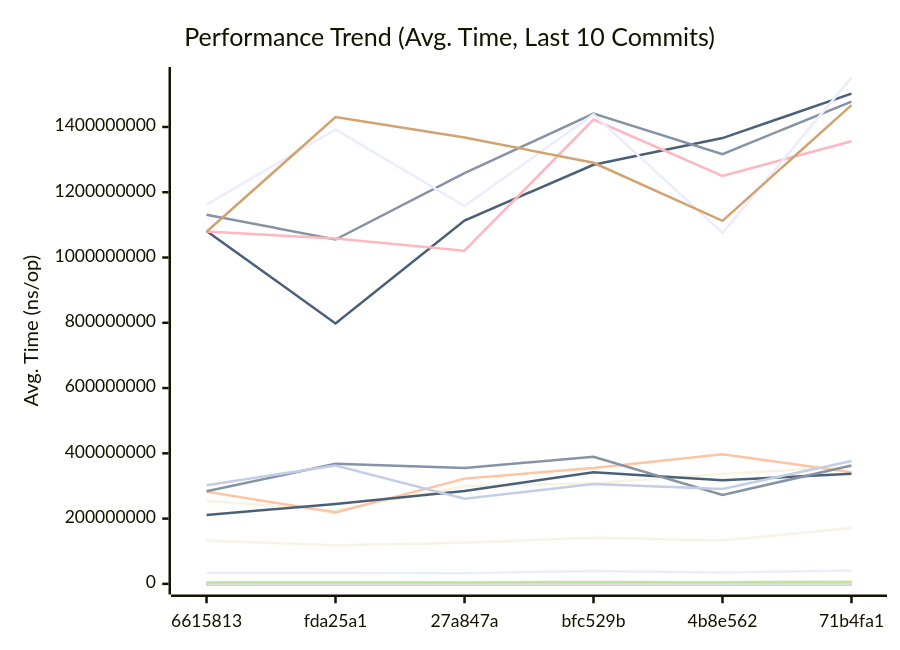
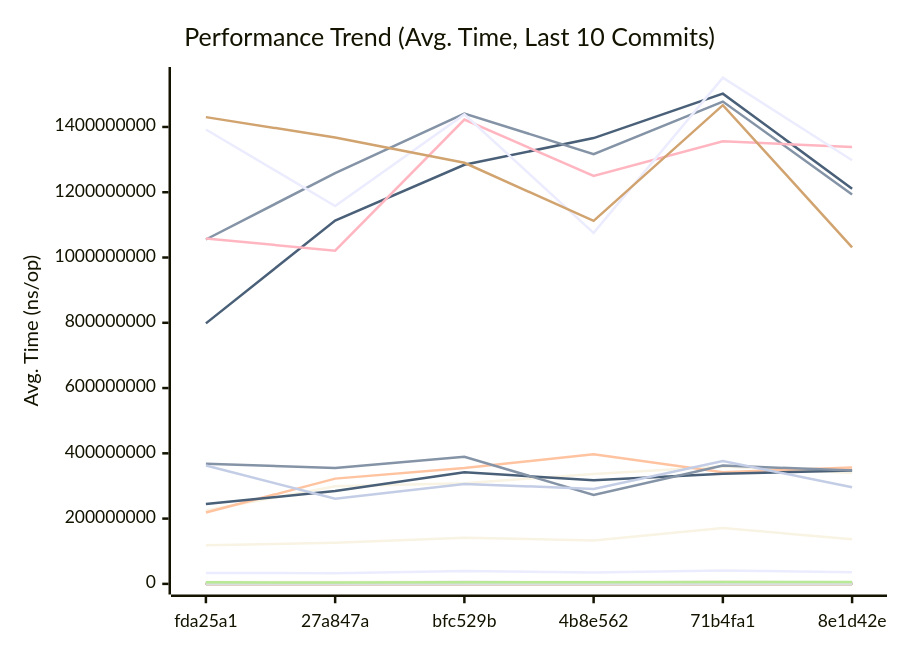
One commit to alsotoes/momo changed the first of 3 diagrams in docs/PERFORMANCE.md. Above: the diagram before and after it, drawn with Mermaid. The commit also changed other lines of this file and 5 other files, not shown here.

````diff
--- a/docs/PERFORMANCE.md
+++ b/docs/PERFORMANCE.md
@@ -260,44 +260,44 @@
 ```mermaid
 xychart-beta
     title "Performance Trend (Avg. Time, Last 10 Commits)"
     x-axis "Commit"
     y-axis "Avg. Time (ns/op)"
-    x-axis [6615813,fda25a1,27a847a,bfc529b,4b8e562,71b4fa1]
-    line "AWSChunkedReaderSigned" [622918,512707,501241,721946,582789,741042,596016,541759,554800,615254]
-    line "AWSChunkedReaderUnsigned" [616129,457742,556893,695362,580668,721611,624951,521049,581740,507516]
-    line "CheckMetricsAndSwap" [14,10,10,14,9,14,13,11,12,11]
-    line "CrushOptimized" [463,354,433,532,484,492,487,522,363,426]
-    line "CrushOriginal" [642,502,597,715,641,734,697,658,647,700]
-    line "FormatListObjectsV2XML_AppendFormat" [900618,648718,775274,1080271,993577,1117129,928365,977381,898486,862695]
-    line "FormatListObjectsV2XML_OldFormat" [498654,406141,479265,671030,530555,661534,521514,565611,503389,497195]
-    line "HashBytes/1MiB" [4520322,3555390,4784039,3995457,4596495,5621676,4965423,4315588,3618889,5475294]
-    line "HashBytes/256MiB" [1081431052,798133130,1113482493,1284091050,1365990323,1502178110,1211052717,1048575116,1201286487,897333718]
-    line "HashBytes/64MiB" [254442334,225124511,298951068,308162718,336895373,359262045,339981640,213869807,301162837,301221390]
-    line "HashFile/1MiB" [4836717,3959247,3915050,5430358,4960660,5725417,5039192,3960989,4760647,3647035]
-    line "HashFile/256MiB" [1130963414,1055197690,1258679744,1441073207,1316970291,1477907273,1193078064,1177833636,1006415705,1110450496]
-    line "HashFile/64MiB" [282645449,218474314,322488540,355303054,397283922,342325433,356293580,288277413,240359009,275852870]
-    line "IndexDirectTracking" [1,0,1,1,1,1,0,0,0,0]
-    line "IndexSearch" [2,2,2,3,2,3,2,2,2,2]
-    line "LastModifiedHeader_AppendFormat" [0,0,0,0,273,377,411,306,291,280]
-    line "LastModifiedHeader_Format" [0,0,0,0,359,474,418,381,345,360]
-    line "LoadGlobalConfig" [11283,9939,13465,16787,14343,16534,15639,12955,12190,11396]
-    line "LocalWrite/1MiB" [575526,474416,479322,627788,515217,653242,620492,558337,524282,489792]
-    line "LocalWrite/256MiB" [132539343,118094125,126110483,141240477,133129249,171131397,136595670,121311016,122106179,129421555]
-    line "LocalWrite/64MiB" [33235605,33404598,32661319,39561620,34587683,41271450,35901035,33613673,28590856,29289820]
-    line "PadString" [63,47,69,97,85,78,64,59,66,60]
+    x-axis [fda25a1,27a847a,bfc529b,4b8e562,71b4fa1,8e1d42e]
+    line "AWSChunkedReaderSigned" [512707,501241,721946,582789,741042,596016,541759,554800,615254,528737]
+    line "AWSChunkedReaderUnsigned" [457742,556893,695362,580668,721611,624951,521049,581740,507516,587797]
+    line "CheckMetricsAndSwap" [10,10,14,9,14,13,11,12,11,10]
+    line "CrushOptimized" [354,433,532,484,492,487,522,363,426,455]
+    line "CrushOriginal" [502,597,715,641,734,697,658,647,700,629]
+    line "FormatListObjectsV2XML_AppendFormat" [648718,775274,1080271,993577,1117129,928365,977381,898486,862695,851540]
+    line "FormatListObjectsV2XML_OldFormat" [406141,479265,671030,530555,661534,521514,565611,503389,497195,517753]
+    line "HashBytes/1MiB" [3555390,4784039,3995457,4596495,5621676,4965423,4315588,3618889,5475294,4458201]
+    line "HashBytes/256MiB" [798133130,1113482493,1284091050,1365990323,1502178110,1211052717,1048575116,1201286487,897333718,1207294588]
+    line "HashBytes/64MiB" [225124511,298951068,308162718,336895373,359262045,339981640,213869807,301162837,301221390,345018440]
+    line "HashFile/1MiB" [3959247,3915050,5430358,4960660,5725417,5039192,3960989,4760647,3647035,4734519]
+    line "HashFile/256MiB" [1055197690,1258679744,1441073207,1316970291,1477907273,1193078064,1177833636,1006415705,1110450496,1224080744]
+    line "HashFile/64MiB" [218474314,322488540,355303054,397283922,342325433,356293580,288277413,240359009,275852870,300686574]
+    line "IndexDirectTracking" [0,1,1,1,1,0,0,0,0,1]
+    line "IndexSearch" [2,2,3,2,3,2,2,2,2,2]
+    line "LastModifiedHeader_AppendFormat" [0,0,0,273,377,411,306,291,280,241]
+    line "LastModifiedHeader_Format" [0,0,0,359,474,418,381,345,360,407]
+    line "LoadGlobalConfig" [9939,13465,16787,14343,16534,15639,12955,12190,11396,14415]
+    line "LocalWrite/1MiB" [474416,479322,627788,515217,653242,620492,558337,524282,489792,546231]
+    line "LocalWrite/256MiB" [118094125,126110483,141240477,133129249,171131397,136595670,121311016,122106179,129421555,120328176]
+    line "LocalWrite/64MiB" [33404598,32661319,39561620,34587683,41271450,35901035,33613673,28590856,29289820,30438473]
+    line "PadString" [47,69,97,85,78,64,59,66,60,55]
     line "ParseReplicationOrder_NoPrealloc" [350,349,357,354,345,225,229,165,232,234]
     line "ParseReplicationOrder_Prealloc" [229,231,237,234,229,108,107,80,110,109]
-    line "Placement" [6648,4864,6529,7421,7230,7696,7054,7086,6141,6119]
-    line "PlacementDomainSpread" [6936,5246,8024,8867,7769,8677,7666,6917,6176,5740]
-    line "ReadVerify/1MiB" [4821081,3882918,3731377,5836051,3976066,5316396,4787467,3900770,3383659,5081549]
-    line "ReadVerify/256MiB" [1079520105,1058504265,1020754000,1422892660,1249941171,1356438969,1338425672,1103105249,1170100253,1034709963]
-    line "ReadVerify/64MiB" [211152290,244603172,284251269,341875566,317667291,337069645,347180139,259882135,240879749,282446554]
-    line "S3PutSpool/1MiB" [4971787,5964641,5931927,6588614,5572982,6149011,5304842,5592080,5587762,4022819]
-    line "S3PutSpool/256MiB" [1161989262,1392397511,1157791795,1438649885,1075603816,1551204244,1298058993,1269281522,1304442018,1243287804]
-    line "S3PutSpool/64MiB" [283817898,367879613,355148274,389689212,272526470,362667390,347153910,296132654,317372640,355710496]
-    line "SanitizeLog/Safe" [264,226,242,388,301,419,341,309,277,263]
-    line "SanitizeLog/Unsafe" [1013,768,930,1274,1021,1210,1000,1005,1021,917]
-    line "TrustedRead/1MiB" [4407789,4777459,4326085,5334409,5277115,5559663,5638483,4655498,3708543,3570428]
-    line "TrustedRead/256MiB" [1079106743,1430194708,1367894050,1290238092,1112381854,1466748131,1031346576,1173571296,1073394044,932638111]
-    line "TrustedRead/64MiB" [302381501,362734452,260957497,306360304,291068280,376225072,296255358,281349472,260468873,247394092]
+    line "Placement" [4864,6529,7421,7230,7696,7054,7086,6141,6119,7125]
+    line "PlacementDomainSpread" [5246,8024,8867,7769,8677,7666,6917,6176,5740,6962]
+    line "ReadVerify/1MiB" [3882918,3731377,5836051,3976066,5316396,4787467,3900770,3383659,5081549,5082713]
+    line "ReadVerify/256MiB" [1058504265,1020754000,1422892660,1249941171,1356438969,1338425672,1103105249,1170100253,1034709963,1126615995]
+    line "ReadVerify/64MiB" [244603172,284251269,341875566,317667291,337069645,347180139,259882135,240879749,282446554,308997294]
+    line "S3PutSpool/1MiB" [5964641,5931927,6588614,5572982,6149011,5304842,5592080,5587762,4022819,5065293]
+    line "S3PutSpool/256MiB" [1392397511,1157791795,1438649885,1075603816,1551204244,1298058993,1269281522,1304442018,1243287804,1504779272]
+    line "S3PutSpool/64MiB" [367879613,355148274,389689212,272526470,362667390,347153910,296132654,317372640,355710496,276642924]
+    line "SanitizeLog/Safe" [226,242,388,301,419,341,309,277,263,246]
+    line "SanitizeLog/Unsafe" [768,930,1274,1021,1210,1000,1005,1021,917,915]
+    line "TrustedRead/1MiB" [4777459,4326085,5334409,5277115,5559663,5638483,4655498,3708543,3570428,4694929]
+    line "TrustedRead/256MiB" [1430194708,1367894050,1290238092,1112381854,1466748131,1031346576,1173571296,1073394044,932638111,1071768789]
+    line "TrustedRead/64MiB" [362734452,260957497,306360304,291068280,376225072,296255358,281349472,260468873,247394092,261716002]
 ```
````
